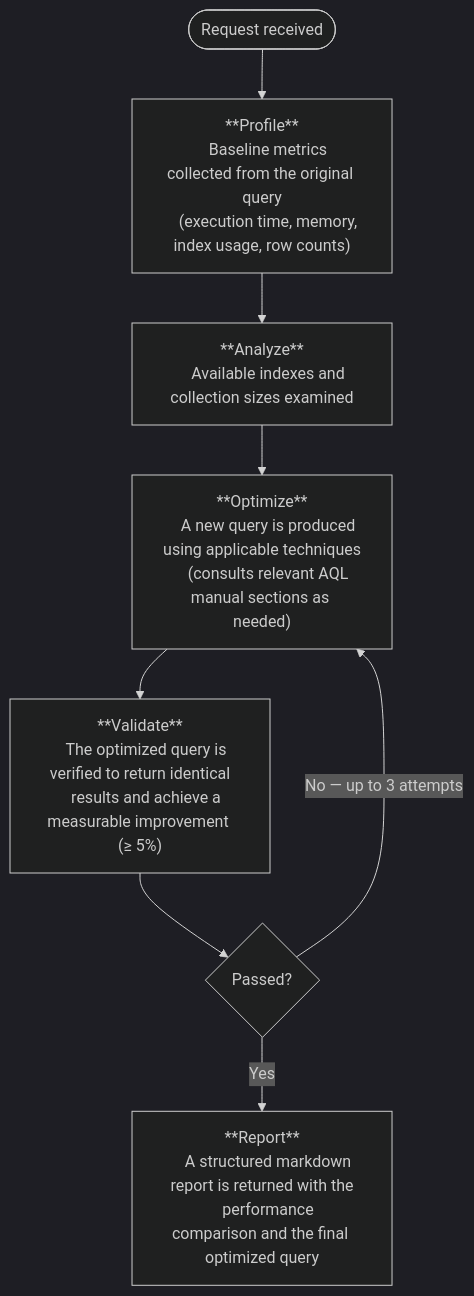
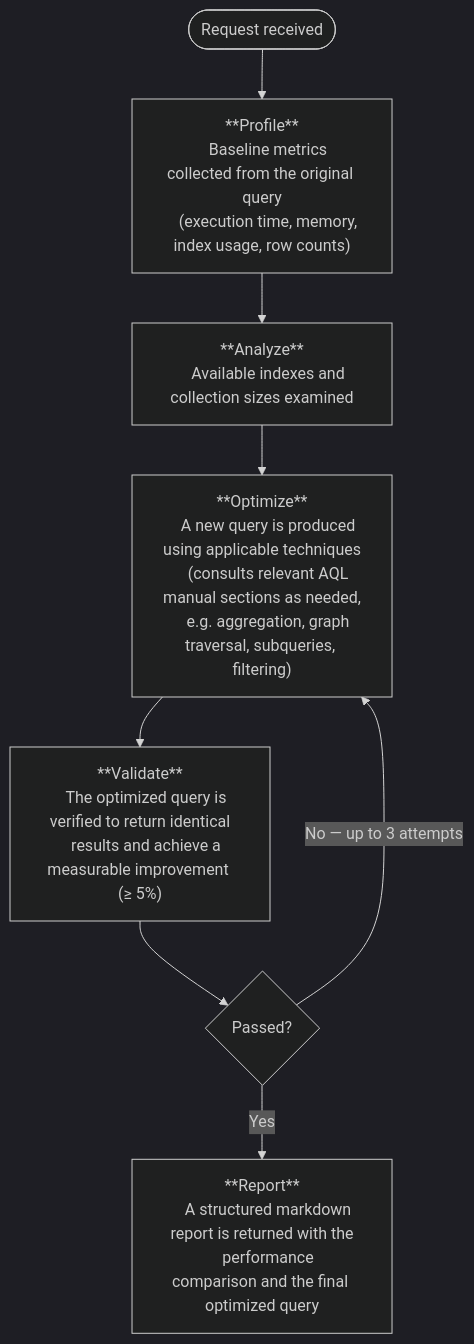
Before and after one commit to arangodb/docs-hugo: the second of 3 diagrams in site/content/agentic-ai-suite/reasoner.md, drawn with Mermaid (dark theme). The commit also changed 1 other file, not shown here.

Commit message:
Minor edits

````diff
--- a/site/content/agentic-ai-suite/reasoner.md
+++ b/site/content/agentic-ai-suite/reasoner.md
@@ -57,19 +57,20 @@
 ```mermaid
 flowchart TD
     A([Request received]) --> B["**Profile**
     Baseline metrics collected from the original query
     (execution time, memory, index usage, row counts)"]
     B --> C["**Analyze**
     Available indexes and collection sizes examined"]
     C --> D["**Optimize**
     A new query is produced using applicable techniques
-    (consults relevant AQL manual sections as needed)"]
+    (consults relevant AQL manual sections as needed,
+    e.g. aggregation, graph traversal, subqueries, filtering)"]
     D --> E["**Validate**
     The optimized query is verified to return identical
     results and achieve a measurable improvement (≥ 5%)"]
     E --> F{Passed?}
     F -->|No — up to 3 attempts| D
     F -->|Yes| G["**Report**
     A structured markdown report is returned with the
     performance comparison and the final optimized query"]
 ```
````
